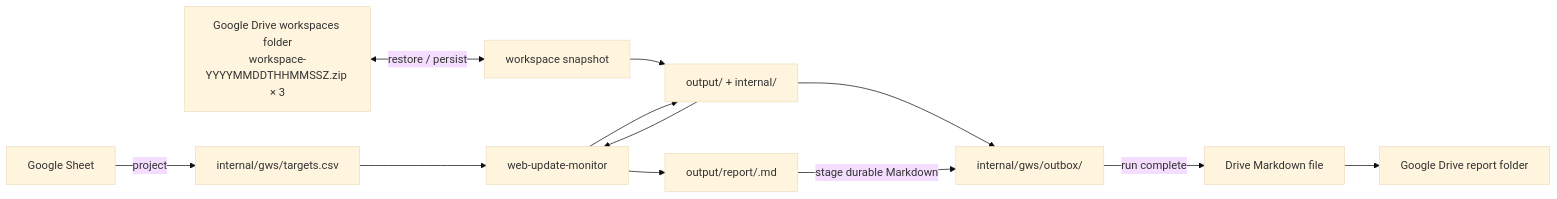
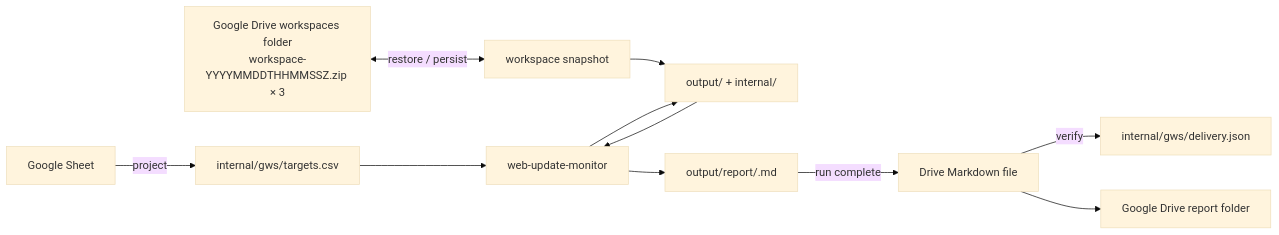
One commit to dceoy/wsum changed the diagram in skills/web-update-monitor-gws/SKILL.md. Above: the diagram before and after it, drawn with Mermaid (base theme). The commit also changed other lines of this file and 1 other file, not shown here.

Commit message:
Simplify GWS report delivery (#59)

````diff
--- a/skills/web-update-monitor-gws/SKILL.md
+++ b/skills/web-update-monitor-gws/SKILL.md
@@ -16,14 +16,13 @@
 ```mermaid
 flowchart LR
     GS["Google Sheet"] -->|project| CSV["internal/gws/targets.csv"]
     DS["Google Drive workspaces folder<br/>workspace-YYYYMMDDTHHMMSSZ.zip × 3"] <-->|restore / persist| WS["workspace snapshot"]
     WS --> WORKSPACE["output/ + internal/"]
     CSV --> CORE["web-update-monitor"]
     WORKSPACE --> CORE
     CORE --> WORKSPACE
     CORE --> REPORT["output/report/<run-id>.md"]
-    WORKSPACE --> OUT["internal/gws/outbox/"]
-    REPORT -->|stage durable Markdown| OUT
-    OUT -->|run complete| GMD["Drive Markdown file"]
+    REPORT -->|run complete| GMD["Drive Markdown file"]
+    GMD -->|verify| DELIVERY["internal/gws/delivery.json"]
     GMD --> DR["Google Drive report folder"]
 ```
````
